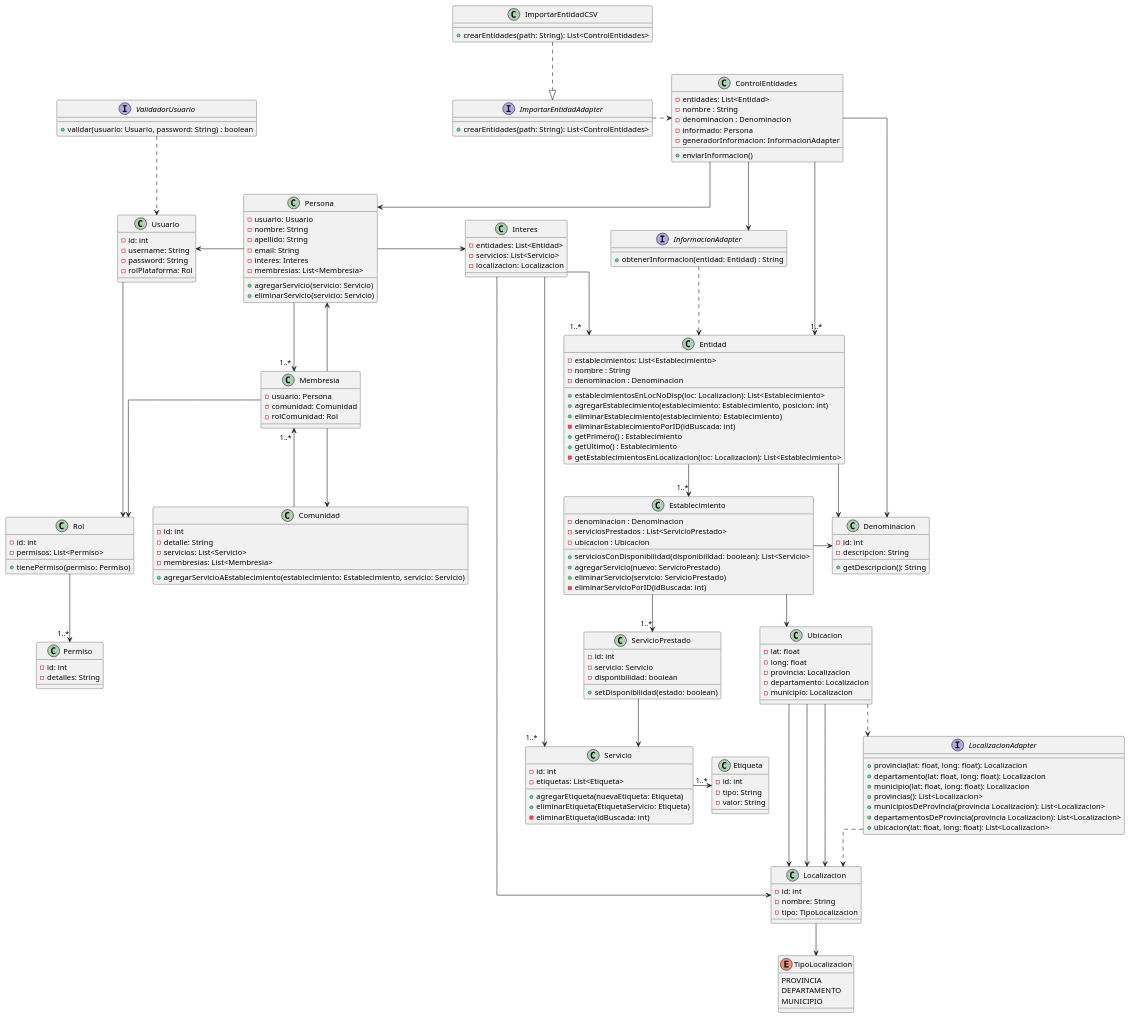
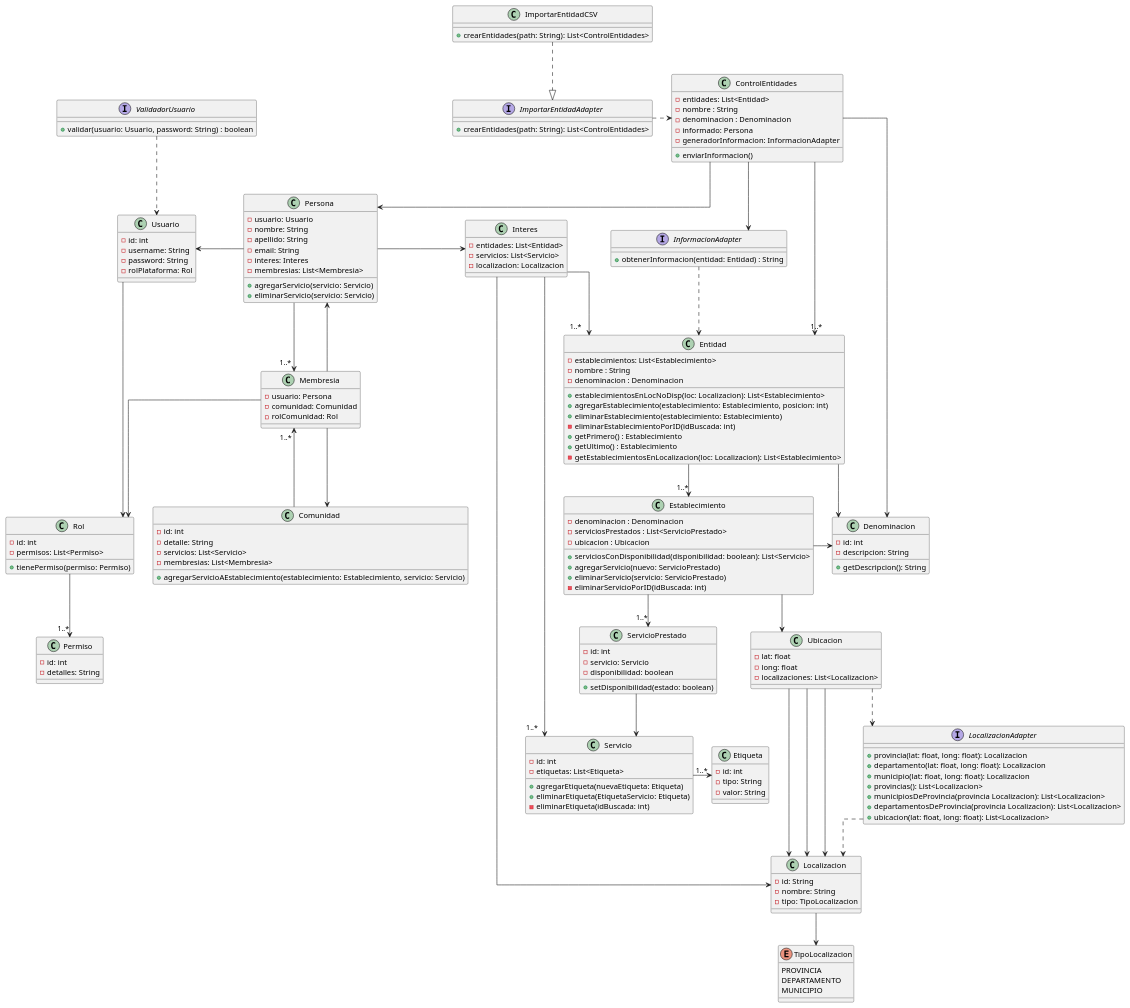
The diagram in DC/dc-e2.puml (mbertogliati/dds-tpa), drawn with PlantUML before and after one commit. The commit also changed 13 other files, not shown here.

```diff
--- a/DC/dc-e2.puml
+++ b/DC/dc-e2.puml
@@ -64,7 +64,7 @@
 Rol --> "1..*" Permiso
 
 class Localizacion{
-    -id: int
+    -id: String
     -nombre: String
     -tipo: TipoLocalizacion
 }
@@ -169,9 +169,7 @@
 class Ubicacion{
     -lat: float
     -long: float
-    -provincia: Localizacion
-    -departamento: Localizacion
-    -municipio: Localizacion
+    -localizaciones: List<Localizacion>
 }
 
 class Etiqueta{
```
